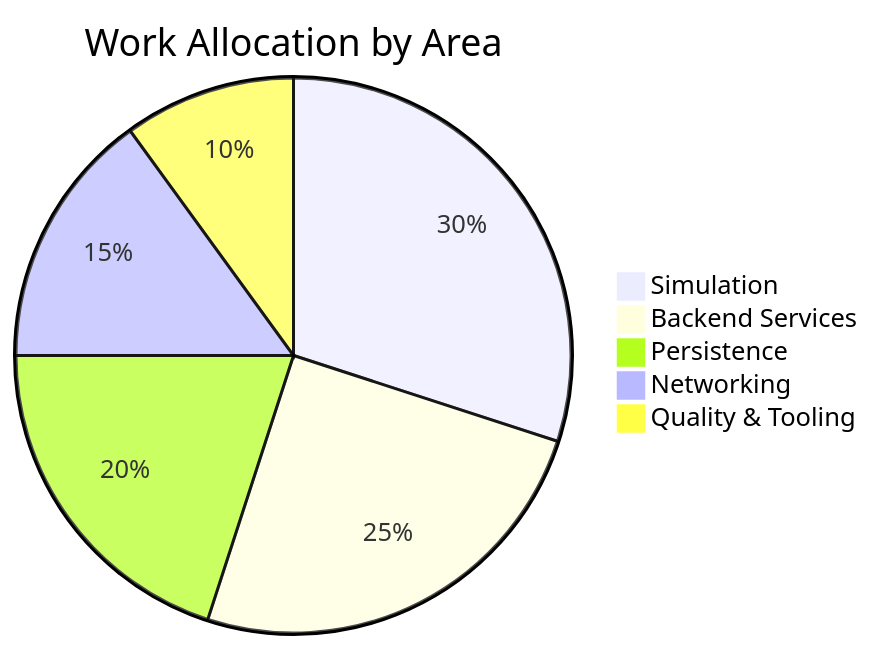
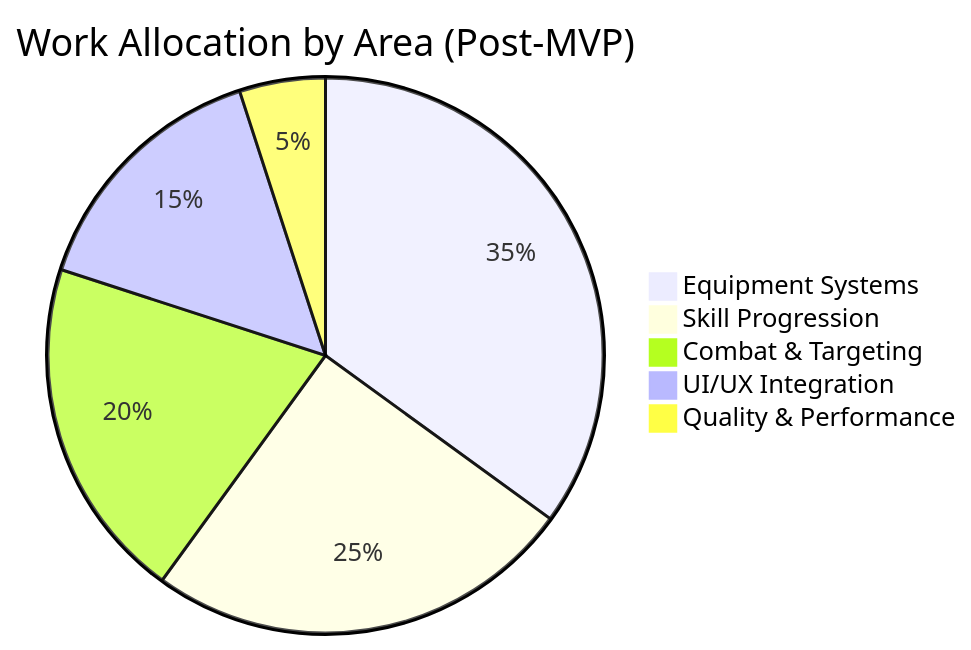
One commit to AstroSteveo/prototype-game changed the second of 2 diagrams in docs/product/roadmap/roadmap.md. Above: the diagram before and after it, drawn with Mermaid. The commit also changed other lines of this file and 4 other files, not shown here.

Commit message:
Complete US-002 roadmap alignment workshop implementation

````diff
--- a/docs/product/roadmap/roadmap.md
+++ b/docs/product/roadmap/roadmap.md
@@ -42,8 +53,8 @@
 ```mermaid
-pie title Work Allocation by Area
-    "Simulation" : 30
-    "Backend Services" : 25
-    "Persistence" : 20
-    "Networking" : 15
-    "Quality & Tooling" : 10
+pie title Work Allocation by Area (Post-MVP)
+    "Equipment Systems" : 35
+    "Skill Progression" : 25
+    "Combat & Targeting" : 20
+    "UI/UX Integration" : 15
+    "Quality & Performance" : 5
 ```
````
